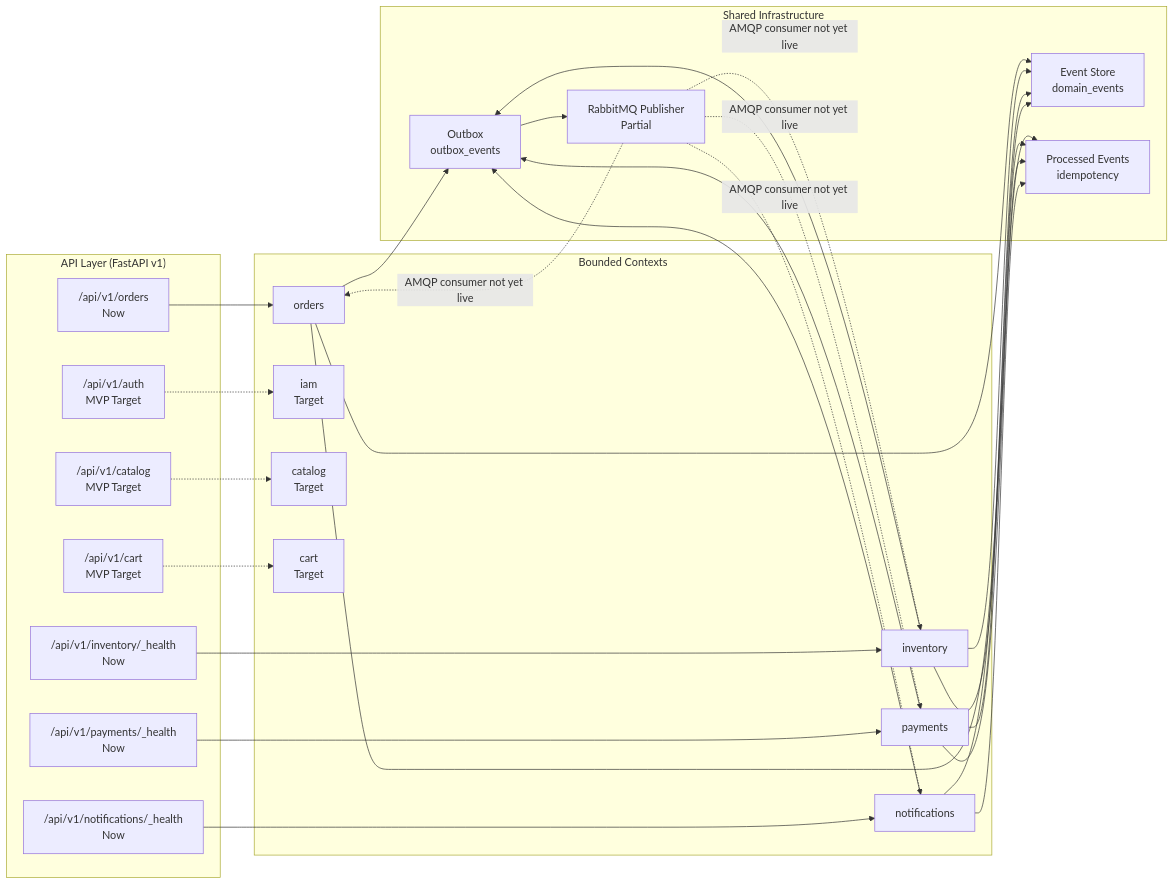
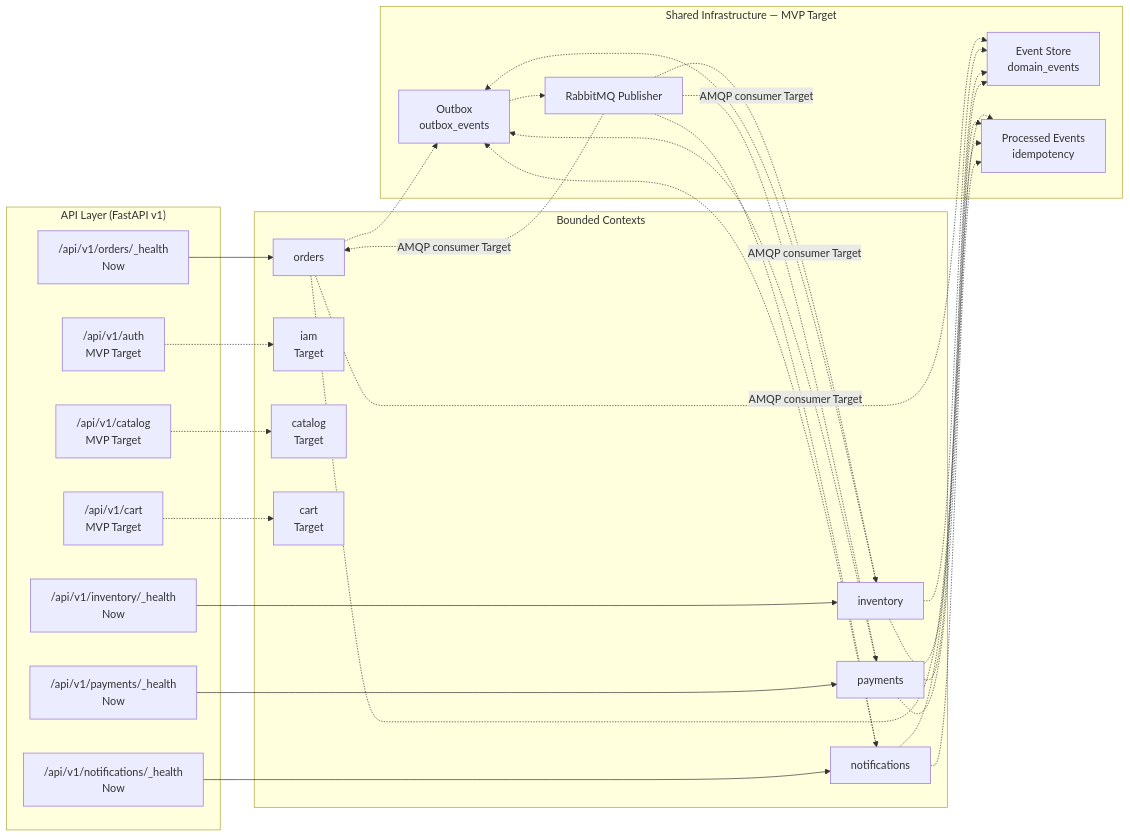
One commit to jonasotoaguilar/eventcommerce changed the first of 3 diagrams in ARCHITECTURE.md. Above: the diagram before and after it, drawn with Mermaid. The commit also changed other lines of this file and 11 other files, not shown here.

````diff
--- a/ARCHITECTURE.md
+++ b/ARCHITECTURE.md
@@ -20,55 +20,55 @@
 ```mermaid
 flowchart LR
     subgraph API["API Layer (FastAPI v1)"]
-        ORD["/api/v1/orders<br/>Now"]
+        ORD["/api/v1/orders/_health<br/>Now"]
         INV["/api/v1/inventory/_health<br/>Now"]
         PAY["/api/v1/payments/_health<br/>Now"]
         NOT["/api/v1/notifications/_health<br/>Now"]
         IAM["/api/v1/auth<br/>MVP Target"]
         CAT["/api/v1/catalog<br/>MVP Target"]
         CART["/api/v1/cart<br/>MVP Target"]
     end
 
     subgraph MODULES["Bounded Contexts"]
         O["orders"]
         I["inventory"]
         P["payments"]
         N["notifications"]
         M["iam<br/>Target"]
         C["catalog<br/>Target"]
         R["cart<br/>Target"]
     end
 
-    subgraph SHARED["Shared Infrastructure"]
+    subgraph SHARED["Shared Infrastructure — MVP Target"]
         ES["Event Store<br/>domain_events"]
         OB["Outbox<br/>outbox_events"]
         PE["Processed Events<br/>idempotency"]
-        RP["RabbitMQ Publisher<br/>Partial"]
+        RP["RabbitMQ Publisher"]
     end
 
     ORD --> O
     INV --> I
     PAY --> P
     NOT --> N
     IAM -.-> M
     CAT -.-> C
     CART -.-> R
 
-    O --> ES
-    I --> ES
-    P --> ES
-    N --> ES
-    O --> OB
-    I --> OB
-    P --> OB
-    N --> OB
-    OB --> RP
-    RP -.->|AMQP consumer not yet live| O
-    RP -.->|AMQP consumer not yet live| I
-    RP -.->|AMQP consumer not yet live| P
-    RP -.->|AMQP consumer not yet live| N
-    O --> PE
-    I --> PE
-    P --> PE
-    N --> PE
+    O -.-> ES
+    I -.-> ES
+    P -.-> ES
+    N -.-> ES
+    O -.-> OB
+    I -.-> OB
+    P -.-> OB
+    N -.-> OB
+    OB -.-> RP
+    RP -.->|AMQP consumer Target| O
+    RP -.->|AMQP consumer Target| I
+    RP -.->|AMQP consumer Target| P
+    RP -.->|AMQP consumer Target| N
+    O -.-> PE
+    I -.-> PE
+    P -.-> PE
+    N -.-> PE
 ```
````
